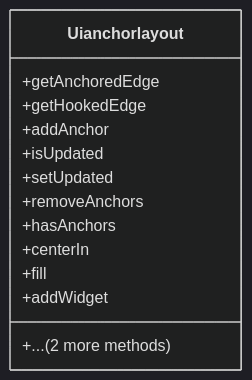
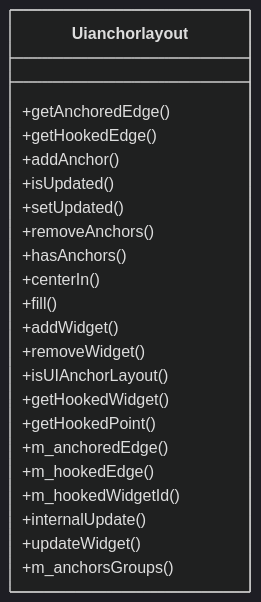
The diagram in docs/authoring/01_core/api/cpp/framework/diagrams/uianchorlayout.mmd (lukaszj321/otcv8-dev), drawn with Mermaid before and after one commit. The commit also changed 60 other files, not shown here.

Commit message:
fix: show all methods in class diagrams without truncation

```diff
--- a/docs/authoring/01_core/api/cpp/framework/diagrams/uianchorlayout.mmd
+++ b/docs/authoring/01_core/api/cpp/framework/diagrams/uianchorlayout.mmd
@@ -1,15 +1,24 @@
 %%{init: {'theme':'dark','themeVariables': {'primaryTextColor':'#ddd','lineColor':'#9aa0a6'},'securityLevel':'loose'}}%%
 classDiagram
     class Uianchorlayout {
-        +getAnchoredEdge
-        +getHookedEdge
-        +addAnchor
-        +isUpdated
-        +setUpdated
-        +removeAnchors
-        +hasAnchors
-        +centerIn
-        +fill
-        +addWidget
-        +... (2 more methods)
+        +getAnchoredEdge()
+        +getHookedEdge()
+        +addAnchor()
+        +isUpdated()
+        +setUpdated()
+        +removeAnchors()
+        +hasAnchors()
+        +centerIn()
+        +fill()
+        +addWidget()
+        +removeWidget()
+        +isUIAnchorLayout()
+        +getHookedWidget()
+        +getHookedPoint()
+        +m_anchoredEdge()
+        +m_hookedEdge()
+        +m_hookedWidgetId()
+        +internalUpdate()
+        +updateWidget()
+        +m_anchorsGroups()
     }
```
